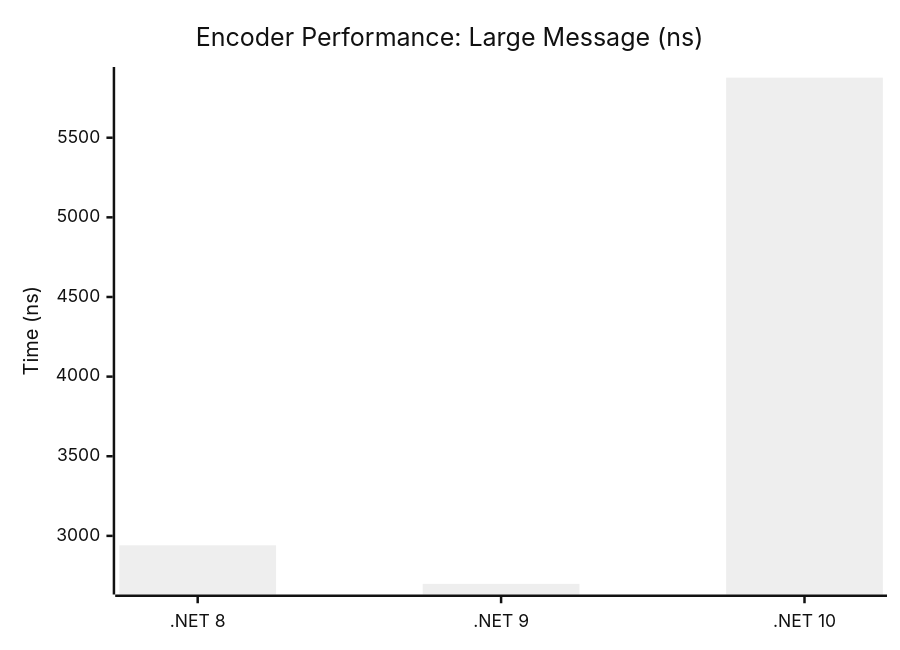
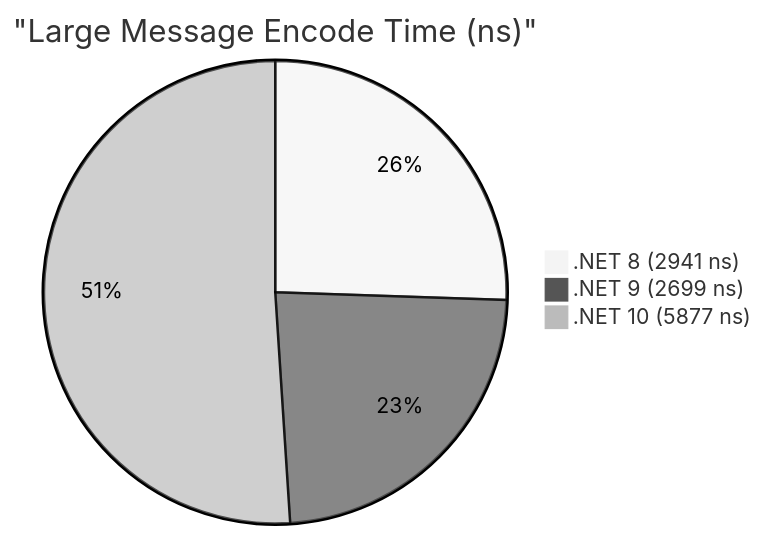
One commit to IsMikeTaken/ProtobuffEncoder changed the second of 3 diagrams in Writerside/topics/core_performance1.md. Above: the diagram before and after it, drawn with Mermaid (neutral theme). The commit also changed other lines of this file and 64 other files, not shown here.

````diff
--- a/Writerside/topics/core_performance1.md
+++ b/Writerside/topics/core_performance1.md
@@ -26,7 +25,6 @@
 ```mermaid
-xychart-beta
-    title "Encoder Performance: Large Message (ns)"
-    x-axis [".NET 8", ".NET 9", ".NET 10"]
-    y-axis "Time (ns)"
-    bar [2940.6, 2698.6, 5877.3]
+pie title "Large Message Encode Time (ns)"
+    ".NET 8 (2941 ns)" : 2941
+    ".NET 9 (2699 ns)" : 2699
+    ".NET 10 (5877 ns)" : 5877
 ```
````
